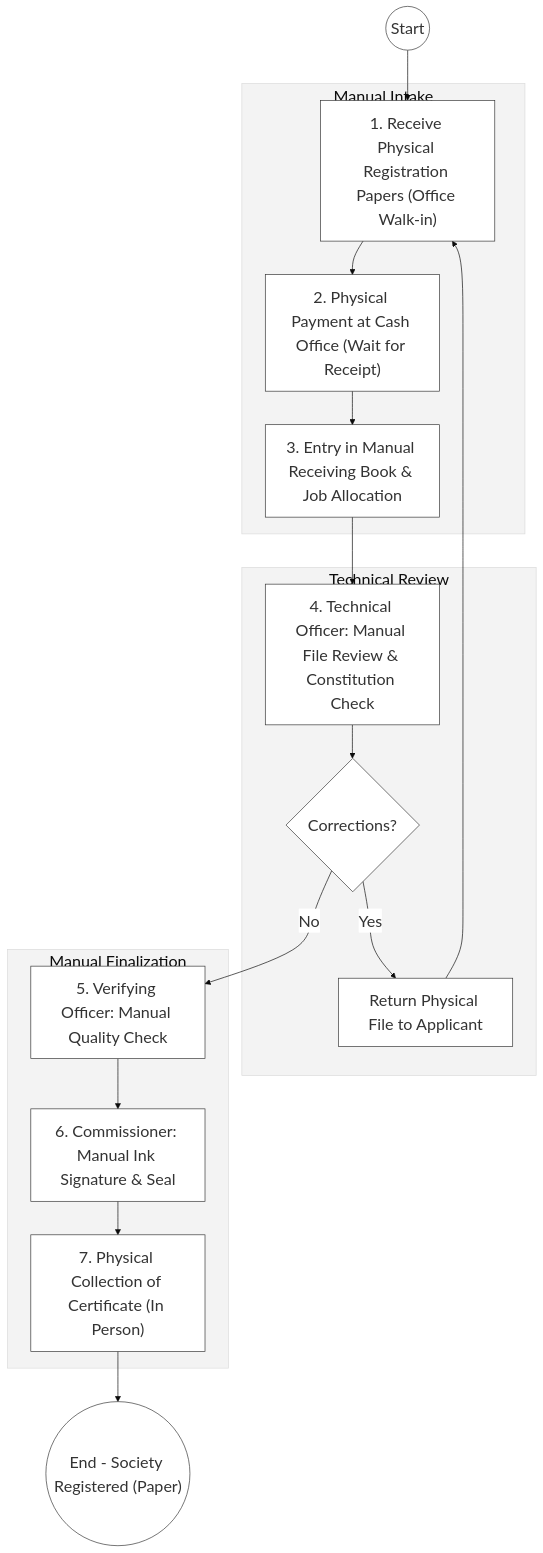
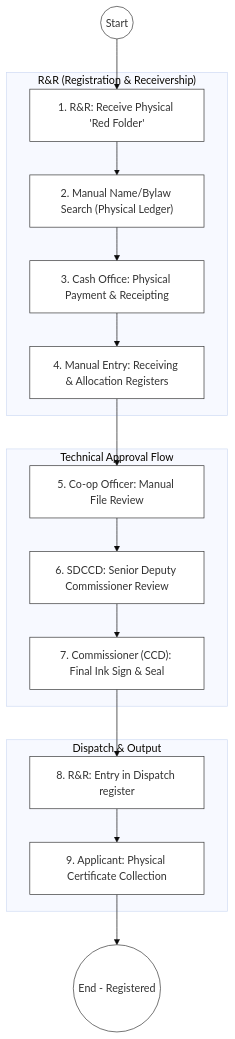
One commit to BITZ-IT-Consulting-LTD/ictapoc changed the first of 2 diagrams in mdas/docs_final/priority_mdas/Cooperatives___Service_Delivery.md. Above: the diagram before and after it, drawn with Mermaid. The commit also changed other lines of this file and 33 other files, not shown here.

````diff
--- a/mdas/docs_final/priority_mdas/Cooperatives___Service_Delivery.md
+++ b/mdas/docs_final/priority_mdas/Cooperatives___Service_Delivery.md
@@ -77,25 +47,24 @@
 ```mermaid
-%%{init: { 'theme': 'base', 'themeVariables': { 'fontSize': '24px', 'fontFamily': 'Inter, system-ui, sans-serif', 'primaryColor': '#ffffff', 'edgeLabelBackground':'#ffffff', 'tertiaryColor': '#f3f3f3', 'mainBkg': '#ffffff', 'nodeBorder': '#333333' } } }%%
+%%{init: { 'theme': 'base', 'themeVariables': { 'fontSize': '16px', 'fontFamily': 'Inter, system-ui', 'mainBkg': '#ffffff', 'nodeBorder': '#333333' } } }%%
 flowchart TD
-    Start((Start)) --> Receipt["1. Receive Physical Registration Papers (Office Walk-in)"]
+    Start((Start)) --> R_R_Intake["1. R&R: Receive Physical 'Red Folder'"]
     
-    subgraph Registry_Silo["Manual Intake"]
-        Receipt --> CashOffice["2. Physical Payment at Cash Office (Wait for Receipt)"]
-        CashOffice --> Log["3. Entry in Manual Receiving Book & Job Allocation"]
+    subgraph Registry_Unit["R&R (Registration & Receivership)"]
+        R_R_Intake --> ManualVetting["2. Manual Name/Bylaw Search (Physical Ledger)"]
+        ManualVetting --> Cashier["3. Cash Office: Physical Payment & Receipting"]
+        Cashier --> IntakeLog["4. Manual Entry: Receiving & Allocation Registers"]
     end
 
-    subgraph Operation_Silo["Technical Review"]
-        Log --> Review["4. Technical Officer: Manual File Review & Constitution Check"]
-        Review --> Query{"Corrections?"}
-        Query -- "Yes" --> Fix["Return Physical File to Applicant"]
-        Fix --> Receipt
+    subgraph Technical_Hierarchy["Technical Approval Flow"]
+        IntakeLog --> TechOfficer["5. Co-op Officer: Manual File Review"]
+        TechOfficer --> SDCCD_Review["6. SDCCD: Senior Deputy Commissioner Review"]
+        SDCCD_Review --> CCD_Approve["7. Commissioner (CCD): Final Ink Sign & Seal"]
     end
 
-    subgraph Settlement_Layer["Manual Finalization"]
-        Query -- "No" --> Verify["5. Verifying Officer: Manual Quality Check"]
-        Verify --> CommSign["6. Commissioner: Manual Ink Signature & Seal"]
-        CommSign --> Dispatch["7. Physical Collection of Certificate (In Person)"]
+    subgraph Finalization["Dispatch & Output"]
+        CCD_Approve --> RR_Dispatch["8. R&R: Entry in Dispatch register"]
+        RR_Dispatch --> Collection["9. Applicant: Physical Certificate Collection"]
     end
 
-    Dispatch --> EndProcess(("End - Society Registered (Paper)"))
+    Collection --> End((End - Registered))
 ```
````
